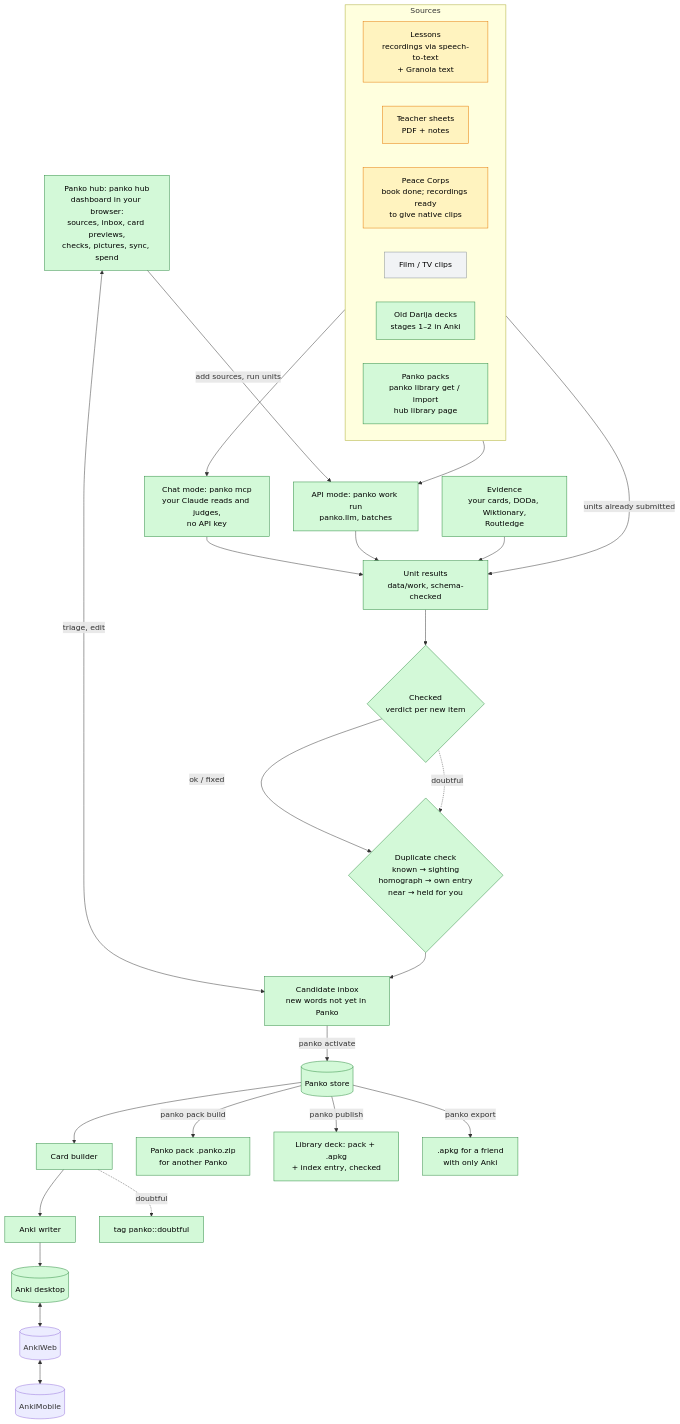
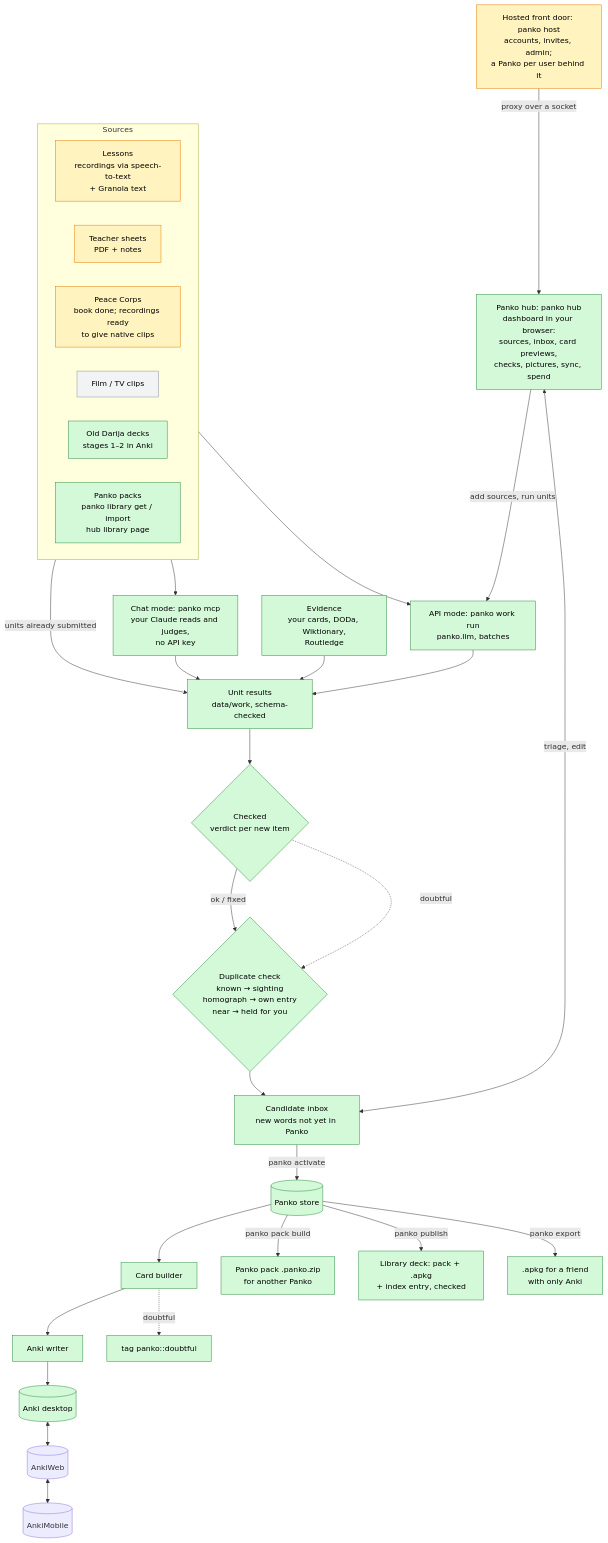
Before and after one commit to NotAHill/panko: the first of 5 diagrams in docs/ARCHITECTURE.md, drawn with Mermaid. The commit also changed other lines of this file and 26 other files, not shown here.

````diff
--- a/docs/ARCHITECTURE.md
+++ b/docs/ARCHITECTURE.md
@@ -12,38 +12,39 @@
 ```mermaid
 flowchart TB
     subgraph Sources
         direction LR
         L[Lessons<br/>recordings via speech-to-text<br/>+ Granola text]:::part
         T[Teacher sheets<br/>PDF + notes]:::part
         PC[Peace Corps<br/>book done; recordings ready<br/>to give native clips]:::part
         M[Film / TV clips]:::plan
         D[Old Darija decks<br/>stages 1–2 in Anki]:::built
         P[Panko packs<br/>panko library get / import<br/>hub library page]:::built
     end
     Sources --> CM[Chat mode: panko mcp<br/>your Claude reads and judges,<br/>no API key]:::built
     Sources --> API[API mode: panko work run<br/>panko.llm, batches]:::built
     HUB[Panko hub: panko hub<br/>dashboard in your browser:<br/>sources, inbox, card previews,<br/>checks, pictures, sync, spend]:::built
+    FD[Hosted front door: panko host<br/>accounts, invites, admin;<br/>a Panko per user behind it]:::part -- proxy over a socket --> HUB
     HUB -- add sources, run units --> API
     HUB <-- triage, edit --> IN
     CM --> X[Unit results<br/>data/work, schema-checked]:::built
     API --> X
     P -- units already submitted --> X
     EV[Evidence<br/>your cards, DODa, Wiktionary,<br/>Routledge]:::built --> X
     X --> C{Checked<br/>verdict per new item}:::built
     C -- ok / fixed --> DD{Duplicate check<br/>known → sighting<br/>homograph → own entry<br/>near → held for you}:::built
     C -. doubtful .-> DD
     DD --> IN[Candidate inbox<br/>new words not yet in Panko]:::built
     IN -- panko activate --> S[(Panko store)]:::built
     S --> B[Card builder]:::built
     B --> W[Anki writer]:::built
     B -. doubtful .-> F[tag panko::doubtful]:::built
     W --> A[(Anki desktop)]:::built
     S -- panko pack build --> P2[Panko pack .panko.zip<br/>for another Panko]:::built
     S -- panko publish --> PUB[Library deck: pack + .apkg<br/>+ index entry, checked]:::built
     S -- panko export --> AP[.apkg for a friend<br/>with only Anki]:::built
     A <--> AW[(AnkiWeb)] <--> AM[(AnkiMobile)]
 
     classDef built fill:#d3f9d8,stroke:#2b8a3e,color:#000
     classDef part fill:#fff3bf,stroke:#e67700,color:#000
     classDef plan fill:#f1f3f5,stroke:#868e96,color:#000
 ```
````
